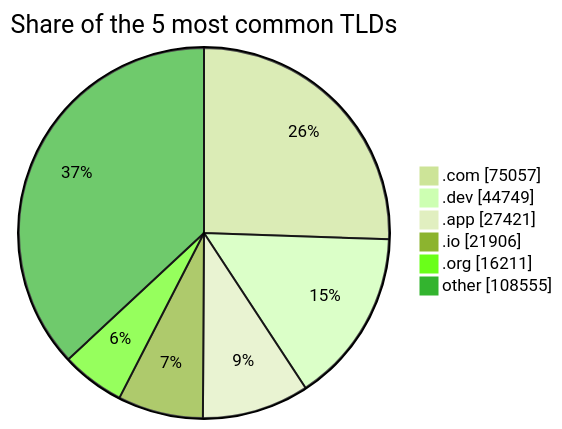
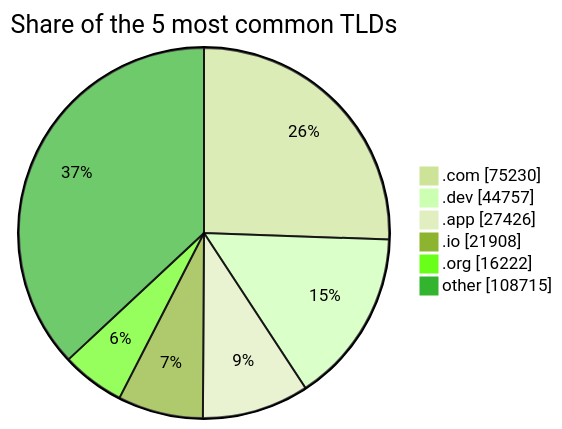
One commit to DNSBunker/CTI changed the third of 3 diagrams in README.md. Above: the diagram before and after it, drawn with Mermaid (forest theme). The commit also changed other lines of this file and 3 other files, not shown here.

````diff
--- a/README.md
+++ b/README.md
@@ -81,9 +81,9 @@
 ```mermaid
 pie showData title Share of the 5 most common TLDs
-    ".com" : 75057
-    ".dev" : 44749
-    ".app" : 27421
-    ".io" : 21906
-    ".org" : 16211
-    "other" : 108555
+    ".com" : 75230
+    ".dev" : 44757
+    ".app" : 27426
+    ".io" : 21908
+    ".org" : 16222
+    "other" : 108715
 ```
````
